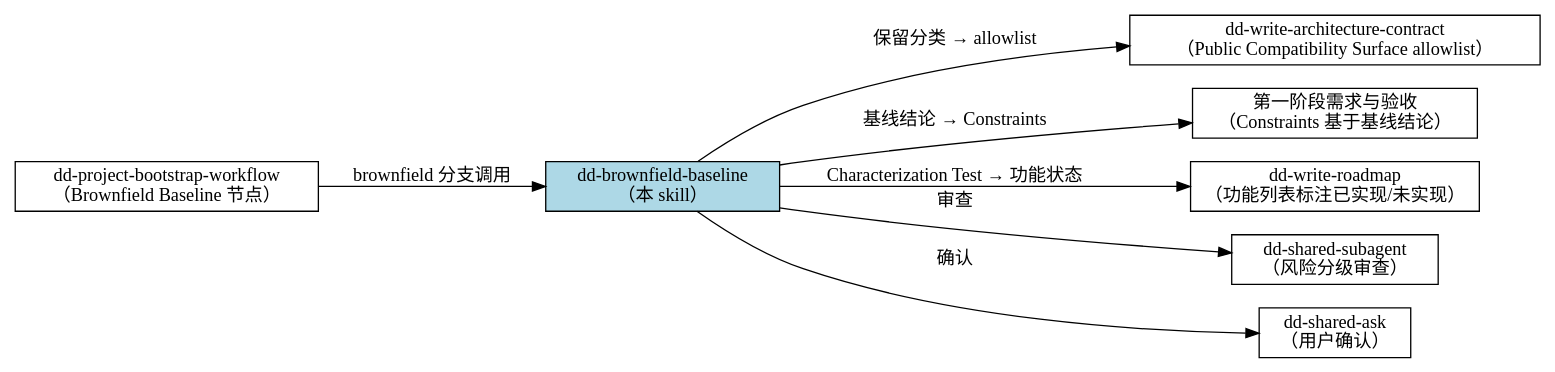
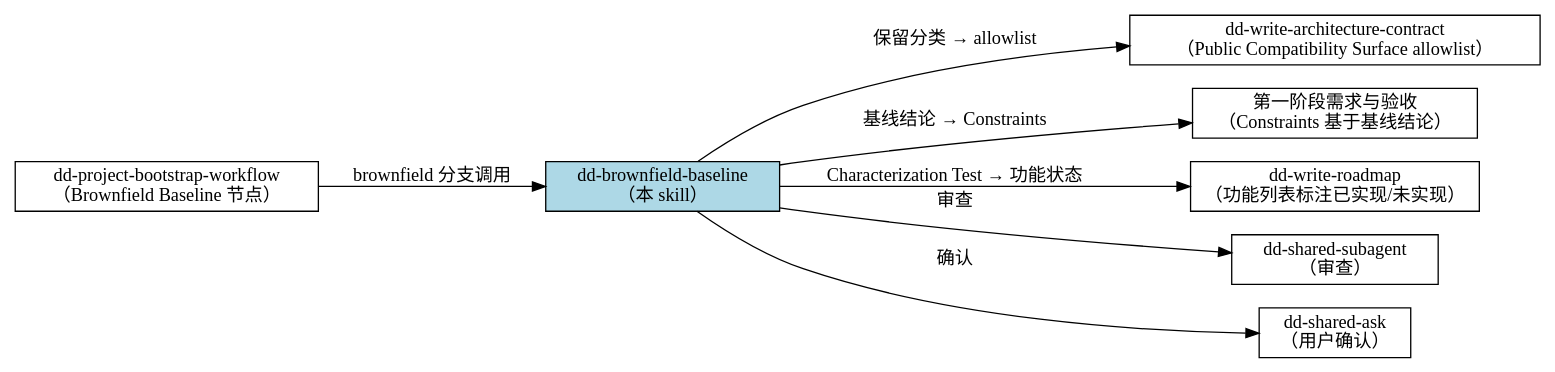
One commit to marcocpt/trae_skills changed the second of 2 diagrams in dd-brownfield-baseline/SKILL.md. Above: the diagram before and after it, drawn with Graphviz. The commit also changed other lines of this file and 20 other files, not shown here.

````diff
--- a/dd-brownfield-baseline/SKILL.md
+++ b/dd-brownfield-baseline/SKILL.md
@@ -233,20 +233,20 @@
 ```dot
 digraph skill_relation {
     rankdir=LR;
     node [shape=box];
     bootstrap [label="dd-project-bootstrap-workflow\n（Brownfield Baseline 节点）"];
     baseline [label="dd-brownfield-baseline\n（本 skill）", style=filled, fillcolor=lightblue];
     contract [label="dd-write-architecture-contract\n（Public Compatibility Surface allowlist）"];
     req [label="第一阶段需求与验收\n（Constraints 基于基线结论）"];
     roadmap [label="dd-write-roadmap\n（功能列表标注已实现/未实现）"];
-    subagent [label="dd-shared-subagent\n（风险分级审查）"];
+    subagent [label="dd-shared-subagent\n（审查）"];
     ask [label="dd-shared-ask\n（用户确认）"];
 
     bootstrap -> baseline [label="brownfield 分支调用"];
     baseline -> subagent [label="审查"];
     baseline -> ask [label="确认"];
     baseline -> contract [label="保留分类 → allowlist"];
     baseline -> req [label="基线结论 → Constraints"];
     baseline -> roadmap [label="Characterization Test → 功能状态"];
 }
 ```
````
